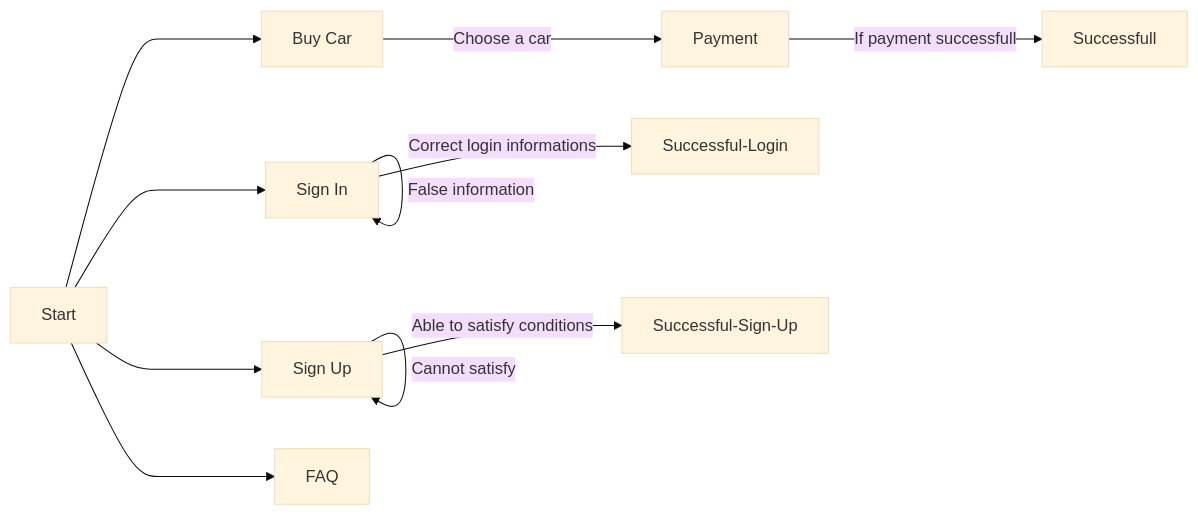
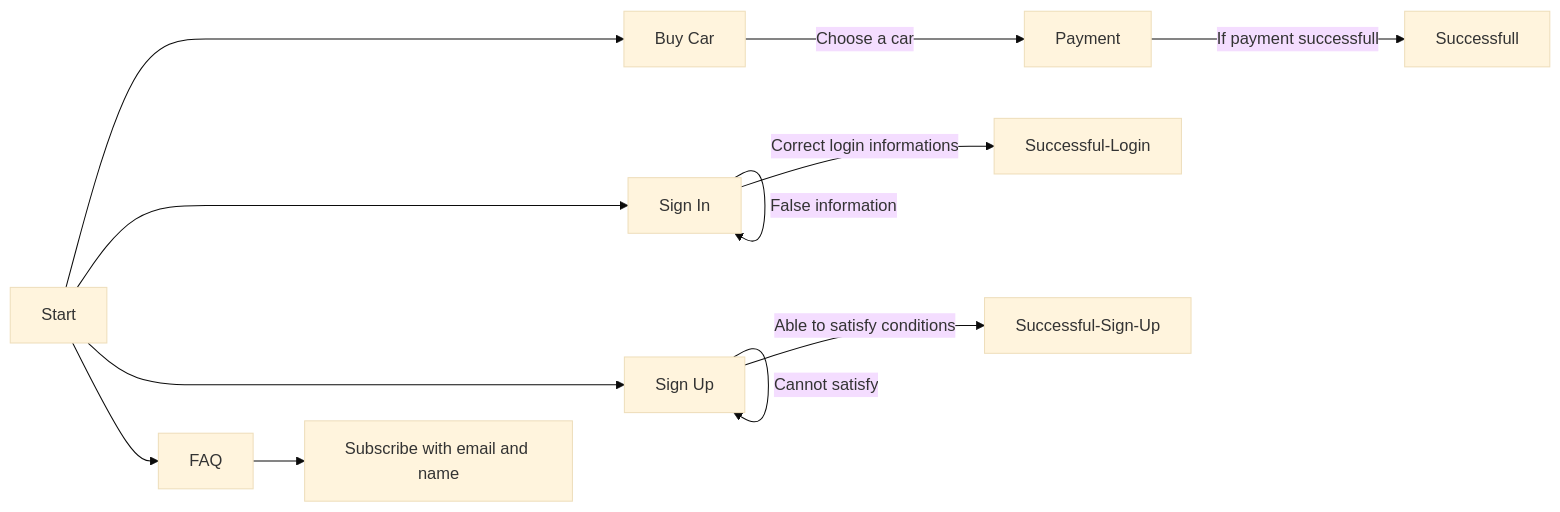
The diagram in README.md (erendarak/VeloCar), drawn with Mermaid (base theme) before and after one commit. The commit also changed other lines of this file, not shown here.

````diff
--- a/README.md
+++ b/README.md
@@ -31,13 +31,13 @@
 ```mermaid
 graph LR
 	A[Start] ----> B[Buy Car]
 	B -- Choose a car --> F[Payment]
 	F -- If payment successfull --> G[Successfull]
 	A[Start] ----> C[Sign In]
 	C -- Correct login informations --> Successful-Login
 	C -- False information --> C
 	A[Start] ----> D[Sign Up]
 	D -- Able to satisfy conditions --> Successful-Sign-Up
 	D -- Cannot satisfy --> D
-	A[Start] ----> E[FAQ]
+	A[Start] --> E[FAQ] --> H[Subscribe with email and name]
 ```
````
